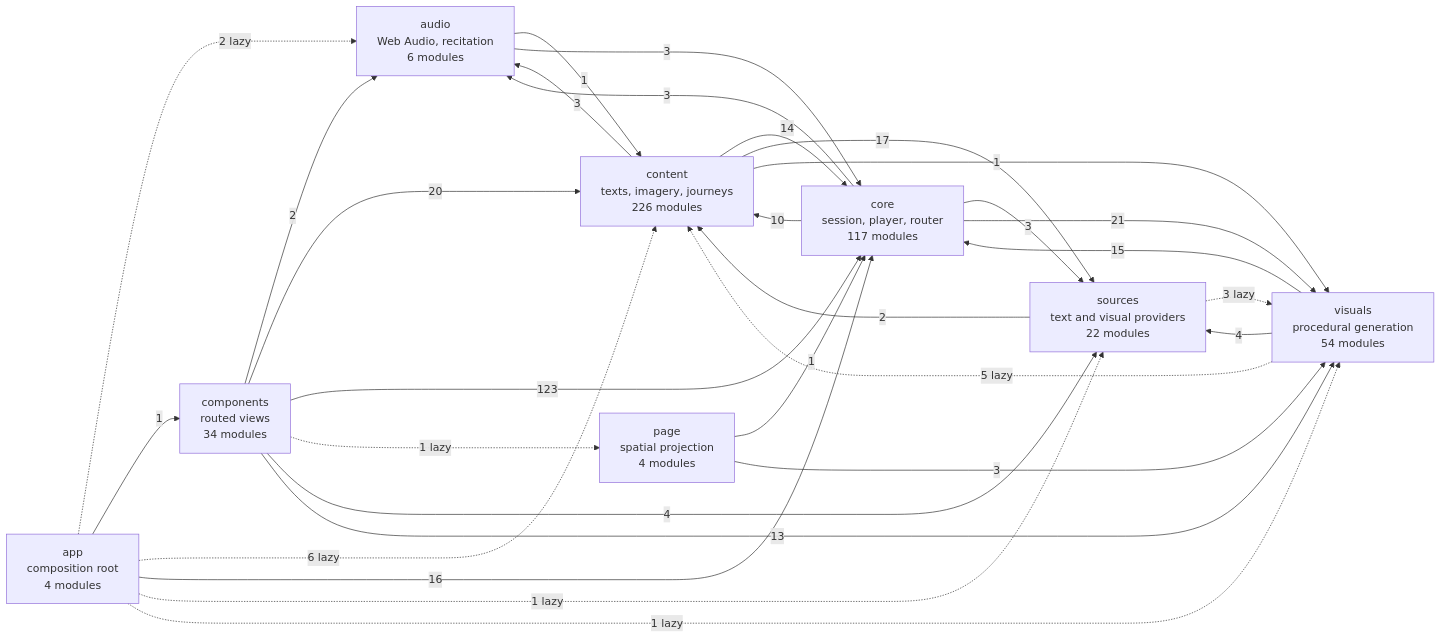
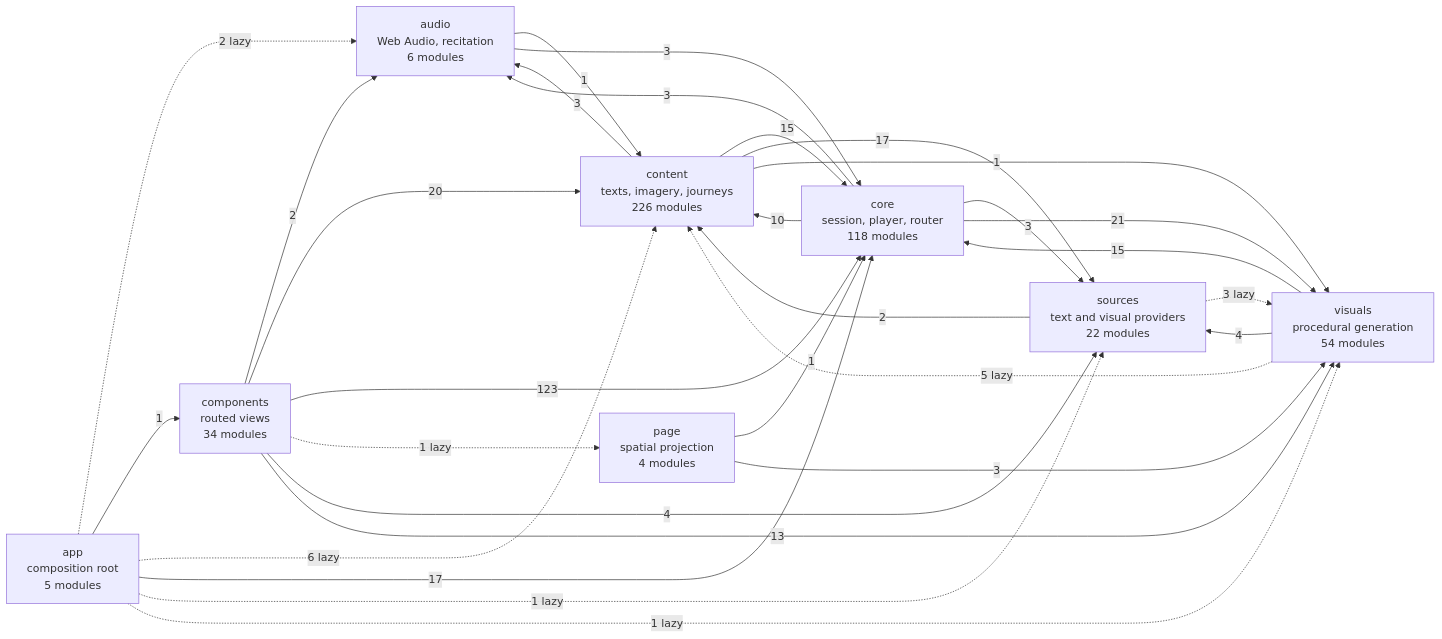
The diagram in docs/specs/ARCHITECTURE.md (SyberLabs/RISE), drawn with Mermaid before and after one commit. The commit also changed 8 other files, not shown here.

````diff
--- a/docs/specs/ARCHITECTURE.md
+++ b/docs/specs/ARCHITECTURE.md
@@ -149,41 +149,41 @@
 ```mermaid
 flowchart LR
-    app["app<br/>composition root<br/>4 modules"]
+    app["app<br/>composition root<br/>5 modules"]
     audio["audio<br/>Web Audio, recitation<br/>6 modules"]
     components["components<br/>routed views<br/>34 modules"]
     content["content<br/>texts, imagery, journeys<br/>226 modules"]
-    core["core<br/>session, player, router<br/>117 modules"]
+    core["core<br/>session, player, router<br/>118 modules"]
     page["page<br/>spatial projection<br/>4 modules"]
     sources["sources<br/>text and visual providers<br/>22 modules"]
     visuals["visuals<br/>procedural generation<br/>54 modules"]
 
     app -.-> |2 lazy| audio
     app --> |1| components
     app -.-> |6 lazy| content
-    app --> |16| core
+    app --> |17| core
     app -.-> |1 lazy| sources
     app -.-> |1 lazy| visuals
     audio --> |1| content
     audio --> |3| core
     components --> |2| audio
     components --> |20| content
     components --> |123| core
     components -.-> |1 lazy| page
     components --> |4| sources
     components --> |13| visuals
     content --> |3| audio
-    content --> |14| core
+    content --> |15| core
     content --> |17| sources
     content --> |1| visuals
     core --> |3| audio
     core --> |10| content
     core --> |3| sources
     core --> |21| visuals
     page --> |1| core
     page --> |3| visuals
     sources --> |2| content
     sources -.-> |3 lazy| visuals
     visuals -.-> |5 lazy| content
     visuals --> |15| core
     visuals --> |4| sources
 ```
````
